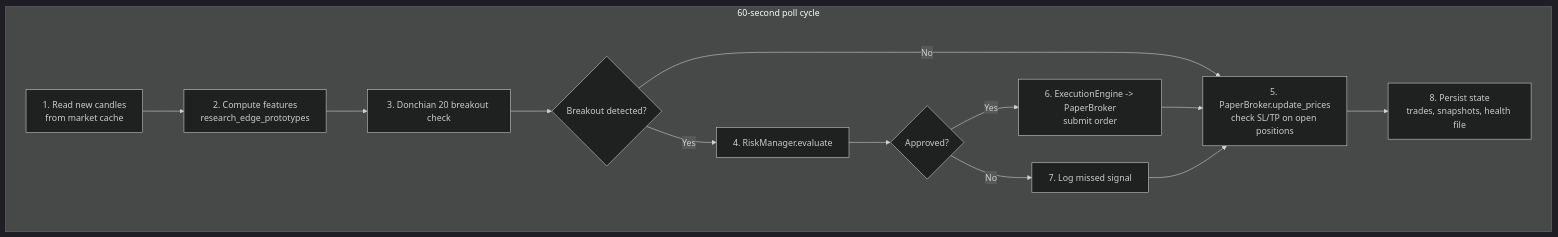
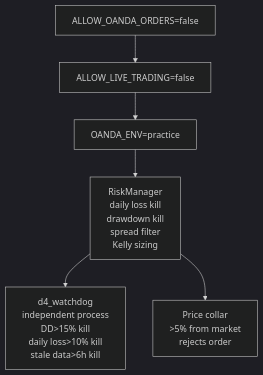
One commit to Naxisbeast/AURUM-1 changed the second of 2 diagrams in README.md. Above: the diagram before and after it, drawn with Mermaid (dark theme). The commit also changed other lines of this file and 174 other files, not shown here.

````diff
--- a/README.md
+++ b/README.md
@@ -103,16 +86,8 @@
 ```mermaid
-flowchart TD
-    subgraph "60-second poll cycle"
-        A[1. Read new candles<br/>from market cache] --> B[2. Compute features<br/>research_edge_prototypes]
-        B --> C[3. Donchian 20 breakout check]
-        C --> D{Breakout detected?}
-        D -->|Yes| E[4. RiskManager.evaluate]
-        D -->|No| F[5. PaperBroker.update_prices<br/>check SL/TP on open positions]
-        E --> G{Approved?}
-        G -->|Yes| H[6. ExecutionEngine -> PaperBroker<br/>submit order]
-        G -->|No| I[7. Log missed signal]
-        H --> F
-        I --> F
-        F --> J[8. Persist state<br/>trades, snapshots, health file]
-    end
+graph TD
+    AO[ALLOW_OANDA_ORDERS=false] --> AL[ALLOW_LIVE_TRADING=false]
+    AL --> OE[OANDA_ENV=practice]
+    OE --> RM[RiskManager<br/>daily loss kill<br/>drawdown kill<br/>spread filter<br/>Kelly sizing]
+    RM --> WD[d4_watchdog<br/>independent process<br/>DD>15% kill<br/>daily loss>10% kill<br/>stale data>6h kill]
+    RM --> PC[Price collar<br/>>5% from market<br/>rejects order]
 ```
````
